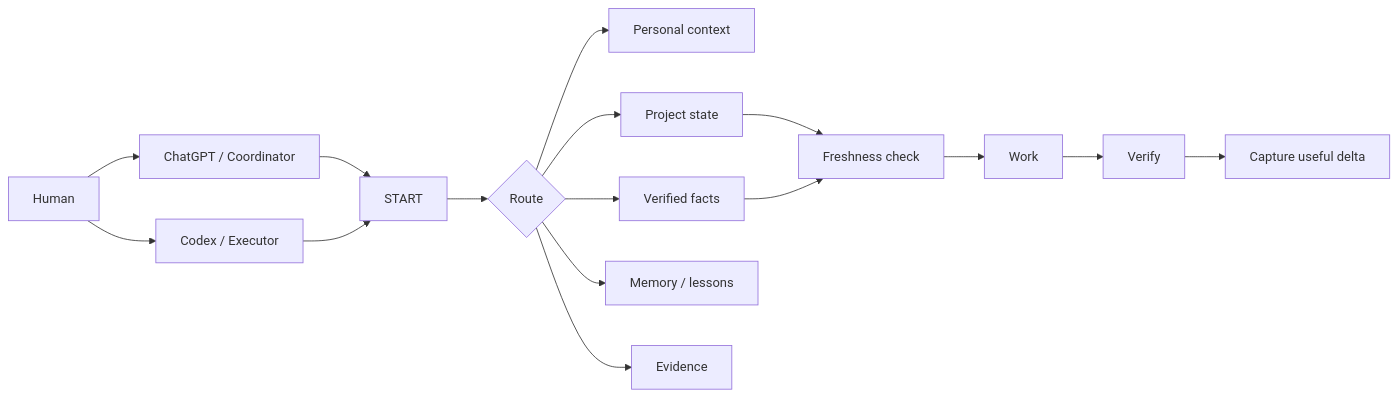
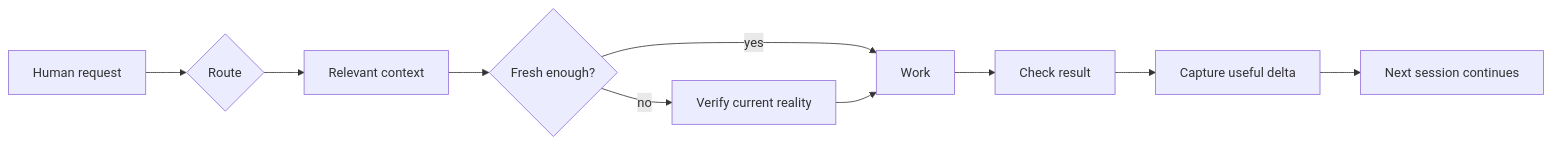
One commit to Goldbergg2026/ai-continuity-kit changed the diagram in README.md. Above: the diagram before and after it, drawn with Mermaid. The commit also changed other lines of this file and 13 other files, not shown here.

````diff
--- a/README.md
+++ b/README.md
@@ -54,18 +106,12 @@
 ```mermaid
 flowchart LR
-    H[Human] --> C[ChatGPT / Coordinator]
-    H --> X[Codex / Executor]
-    C --> S[START]
-    X --> S
-    S --> R{Route}
-    R --> P[Personal context]
-    R --> J[Project state]
-    R --> F[Verified facts]
-    R --> M[Memory / lessons]
-    R --> E[Evidence]
-    J --> V[Freshness check]
-    F --> V
-    V --> W[Work]
-    W --> Q[Verify]
+    H[Human request] --> R{Route}
+    R --> C[Relevant context]
+    C --> F{Fresh enough?}
+    F -->|yes| W[Work]
+    F -->|no| V[Verify current reality]
+    V --> W
+    W --> Q[Check result]
     Q --> D[Capture useful delta]
+    D --> N[Next session continues]
 ```
````
